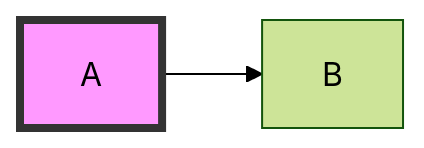
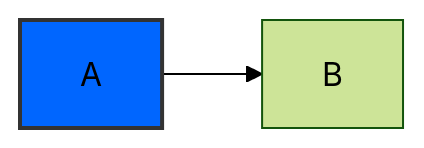
Before and after one commit to giorgio-bendoni/giorgio-bendoni.github.io: the third of 3 diagrams in myworkflow.md, drawn with Mermaid (forest theme). The commit also changed other lines of this file, not shown here.

```diff
--- a/myworkflow.md
+++ b/myworkflow.md
@@ -24,5 +35,5 @@
 <div class="mermaid">
 graph LR
     A --> B
-  style A fill:#f9f,stroke:#333,stroke-width:4px
+  style A fill:#06f,stroke:#333,stroke-width:2px
 </div>
```
